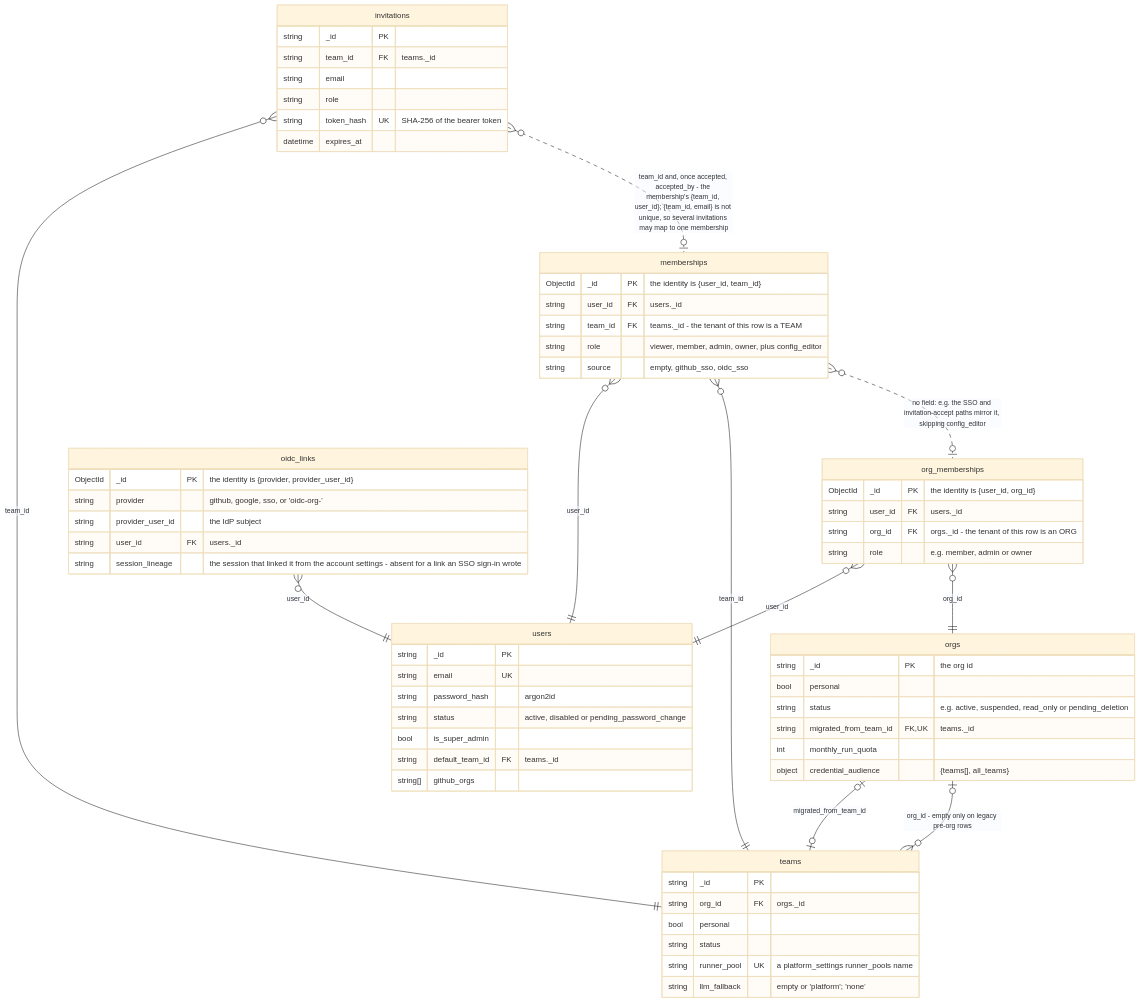
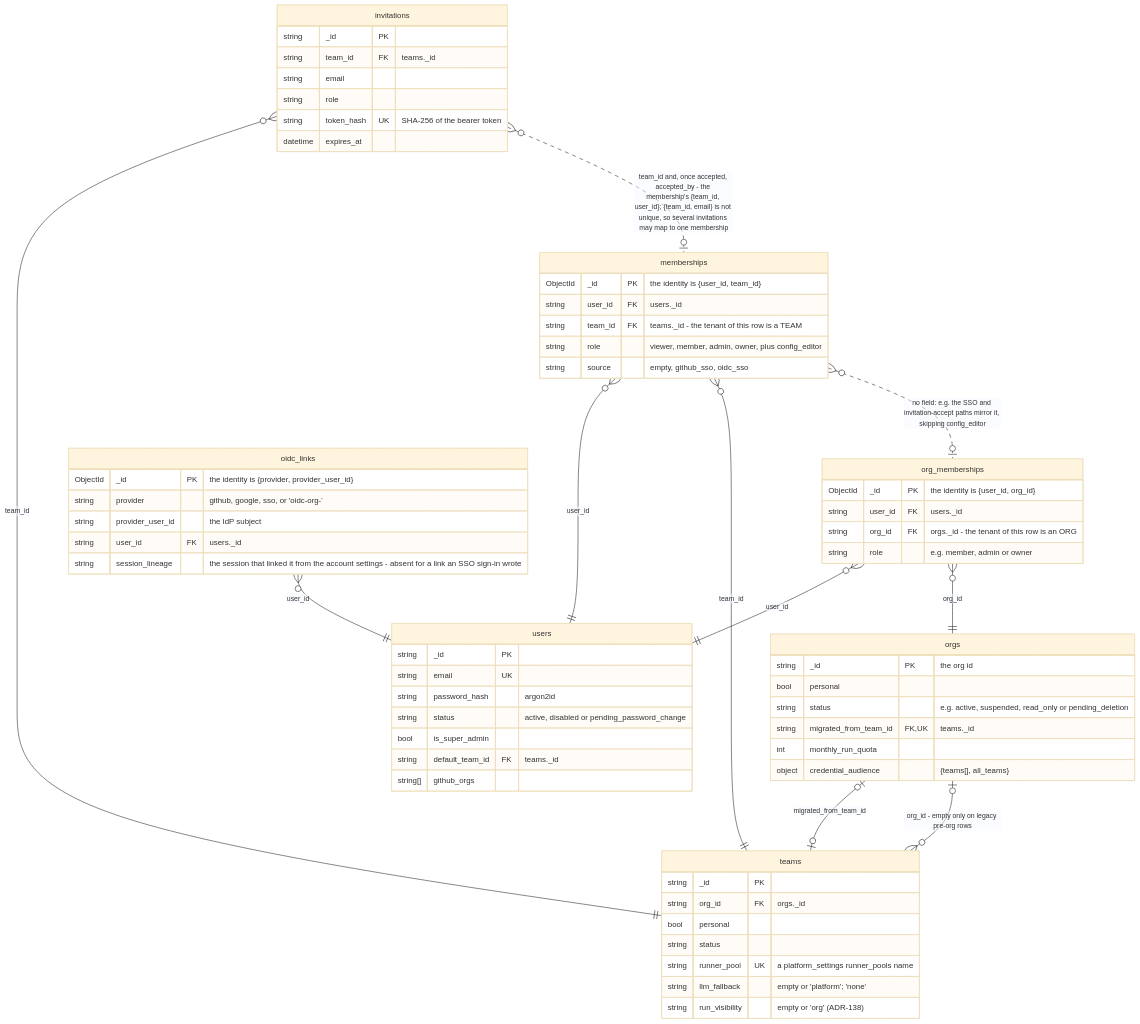
The first of 3 diagrams in docs/diagrams/data-model-identity.md (SocialGouv/iterion), drawn with Mermaid (base theme) before and after one commit. The commit also changed 27 other files, not shown here.

````diff
--- a/docs/diagrams/data-model-identity.md
+++ b/docs/diagrams/data-model-identity.md
@@ -9,66 +9,67 @@
 ```mermaid
 erDiagram
     orgs {
         string _id PK "the org id"
         bool personal
         string status "e.g. active, suspended, read_only or pending_deletion"
         string migrated_from_team_id FK, UK "teams._id"
         int monthly_run_quota
         object credential_audience "{teams[], all_teams}"
     }
     teams {
         string _id PK
         string org_id FK "orgs._id"
         bool personal
         string status
         string runner_pool UK "a platform_settings runner_pools name"
         string llm_fallback "empty or 'platform'; 'none'"
+        string run_visibility "empty or 'org' (ADR-138)"
     }
     users {
         string _id PK
         string email UK
         string password_hash "argon2id"
         string status "active, disabled or pending_password_change"
         bool is_super_admin
         string default_team_id FK "teams._id"
         string[] github_orgs
     }
     org_memberships {
         ObjectId _id PK "the identity is {user_id, org_id}"
         string user_id FK "users._id"
         string org_id FK "orgs._id - the tenant of this row is an ORG"
         string role "e.g. member, admin or owner"
     }
     memberships {
         ObjectId _id PK "the identity is {user_id, team_id}"
         string user_id FK "users._id"
         string team_id FK "teams._id - the tenant of this row is a TEAM"
         string role "viewer, member, admin, owner, plus config_editor"
         string source "empty, github_sso, oidc_sso"
     }
     invitations {
         string _id PK
         string team_id FK "teams._id"
         string email
         string role
         string token_hash UK "SHA-256 of the bearer token"
         datetime expires_at
     }
     oidc_links {
         ObjectId _id PK "the identity is {provider, provider_user_id}"
         string provider "github, google, sso, or 'oidc-org-<provider id>'"
         string provider_user_id "the IdP subject"
         string user_id FK "users._id"
         string session_lineage "the session that linked it from the account settings - absent for a link an SSO sign-in wrote"
     }
     teams }o--o| orgs : "org_id - empty only on legacy pre-org rows"
     orgs |o--o| teams : "migrated_from_team_id"
     org_memberships }o--|| users : "user_id"
     org_memberships }o--|| orgs : "org_id"
     memberships }o--|| users : "user_id"
     memberships }o--|| teams : "team_id"
     memberships }o..o| org_memberships : "no field: e.g. the SSO and invitation-accept paths mirror it, skipping config_editor"
     invitations }o--|| teams : "team_id"
     invitations }o..o| memberships : "team_id and, once accepted, accepted_by - the membership's {team_id, user_id}; {team_id, email} is not unique, so several invitations may map to one membership"
     oidc_links }o--|| users : "user_id"
 ```
````
